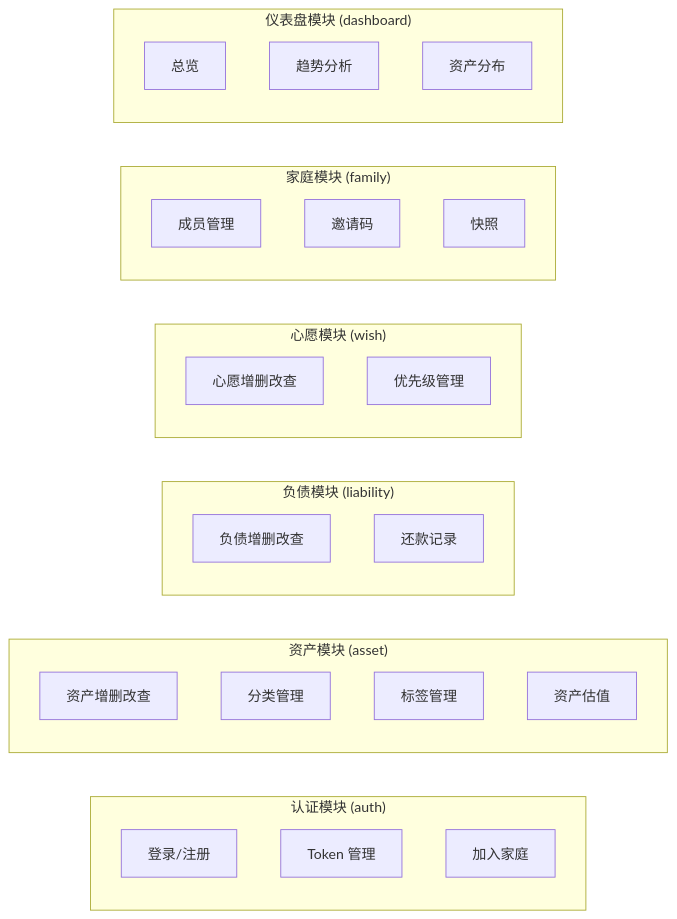
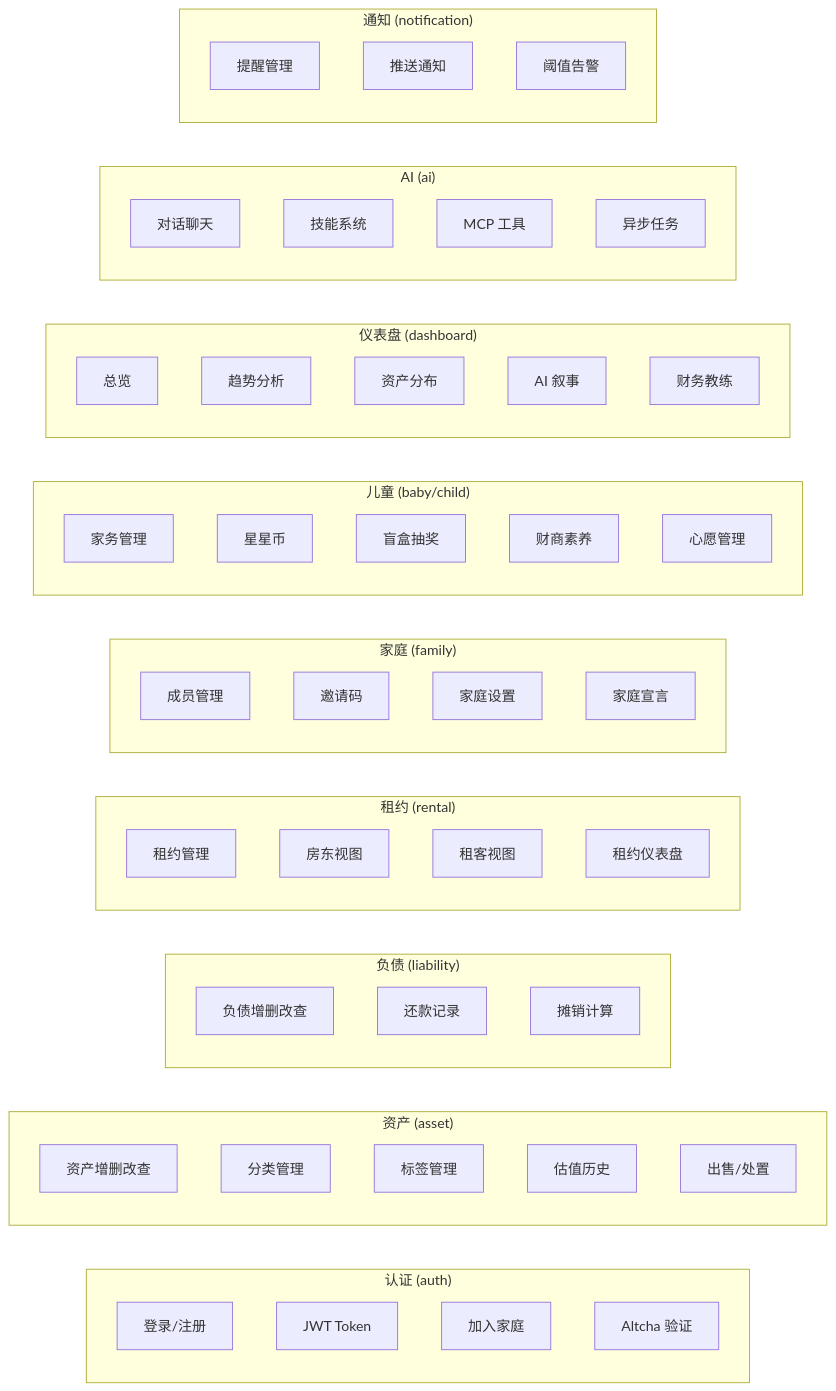
Before and after one commit to vincentruan/numina: the second of 6 diagrams in docs/ARCHITECTURE.md, drawn with Mermaid. The commit also changed other lines of this file and 248 other files, not shown here.

````diff
--- a/docs/ARCHITECTURE.md
+++ b/docs/ARCHITECTURE.md
@@ -88,37 +52,66 @@
 ```mermaid
 graph LR
-    subgraph "认证模块 (auth)"
+    subgraph "认证 (auth)"
         Login[登录/注册]
-        Token[Token 管理]
+        Token[JWT Token]
         FamilyJoin[加入家庭]
+        Altcha[Altcha 验证]
     end
 
-    subgraph "资产模块 (asset)"
+    subgraph "资产 (asset)"
         AssetCRUD[资产增删改查]
         Category[分类管理]
         Tag[标签管理]
-        Valuation[资产估值]
+        Valuation[估值历史]
+        Sell[出售/处置]
     end
 
-    subgraph "负债模块 (liability)"
+    subgraph "负债 (liability)"
         LiabilityCRUD[负债增删改查]
         Payment[还款记录]
+        Amortization[摊销计算]
     end
 
-    subgraph "心愿模块 (wish)"
-        WishCRUD[心愿增删改查]
-        Priority[优先级管理]
+    subgraph "租约 (rental)"
+        ContractCRUD[租约管理]
+        Landlord[房东视图]
+        Tenant[租客视图]
+        Dashboard[租约仪表盘]
     end
 
-    subgraph "家庭模块 (family)"
+    subgraph "家庭 (family)"
         Member[成员管理]
         Invite[邀请码]
-        Snapshot[快照]
+        Settings[家庭设置]
+        Manifesto[家庭宣言]
     end
 
-    subgraph "仪表盘模块 (dashboard)"
+    subgraph "儿童 (baby/child)"
+        Chore[家务管理]
+        StarCoin[星星币]
+        BlindBox[盲盒抽奖]
+        Literacy[财商素养]
+        Wish[心愿管理]
+    end
+
+    subgraph "仪表盘 (dashboard)"
         Overview[总览]
         Trend[趋势分析]
         Allocation[资产分布]
+        Narrative[AI 叙事]
+        FinanceCoach[财务教练]
+    end
+
+    subgraph "AI (ai)"
+        Chat[对话聊天]
+        Skills[技能系统]
+        MCP[MCP 工具]
+        Tasks[异步任务]
+    end
+
+    subgraph "通知 (notification)"
+        Reminder[提醒管理]
+        Push[推送通知]
+        Threshold[阈值告警]
     end
 ```
````
